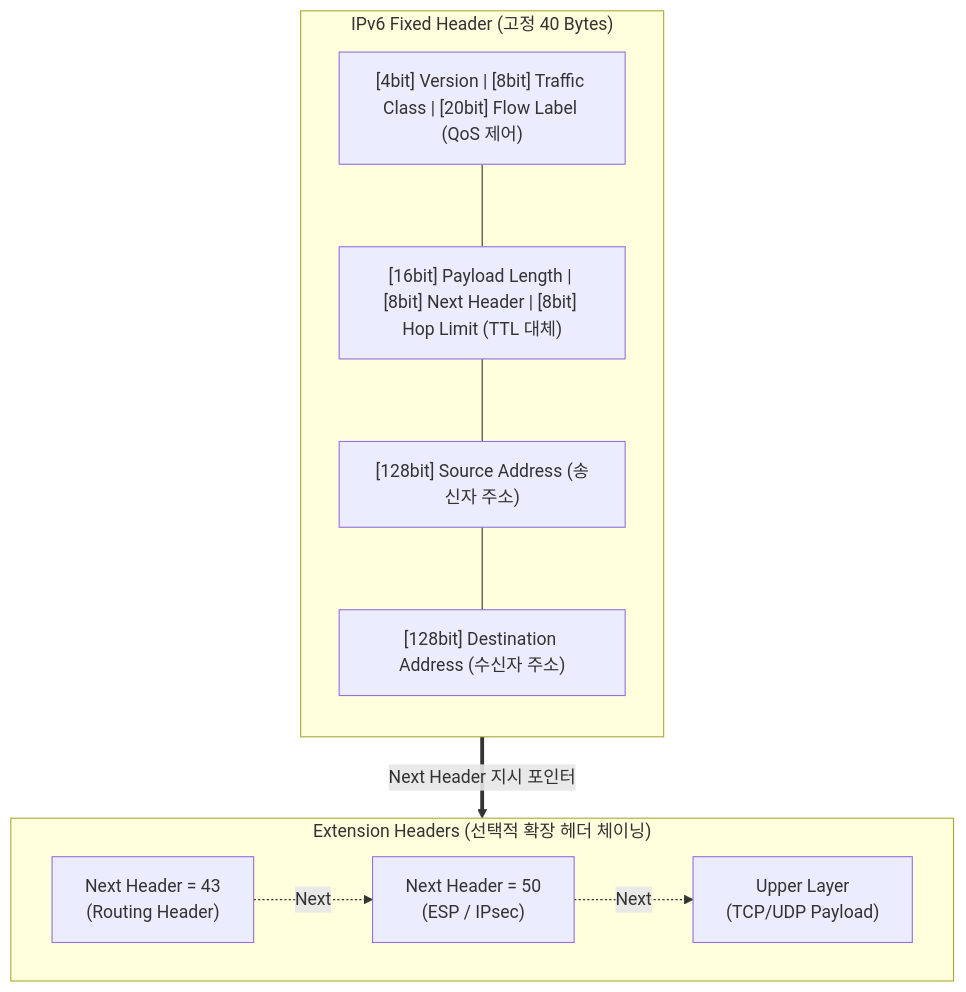
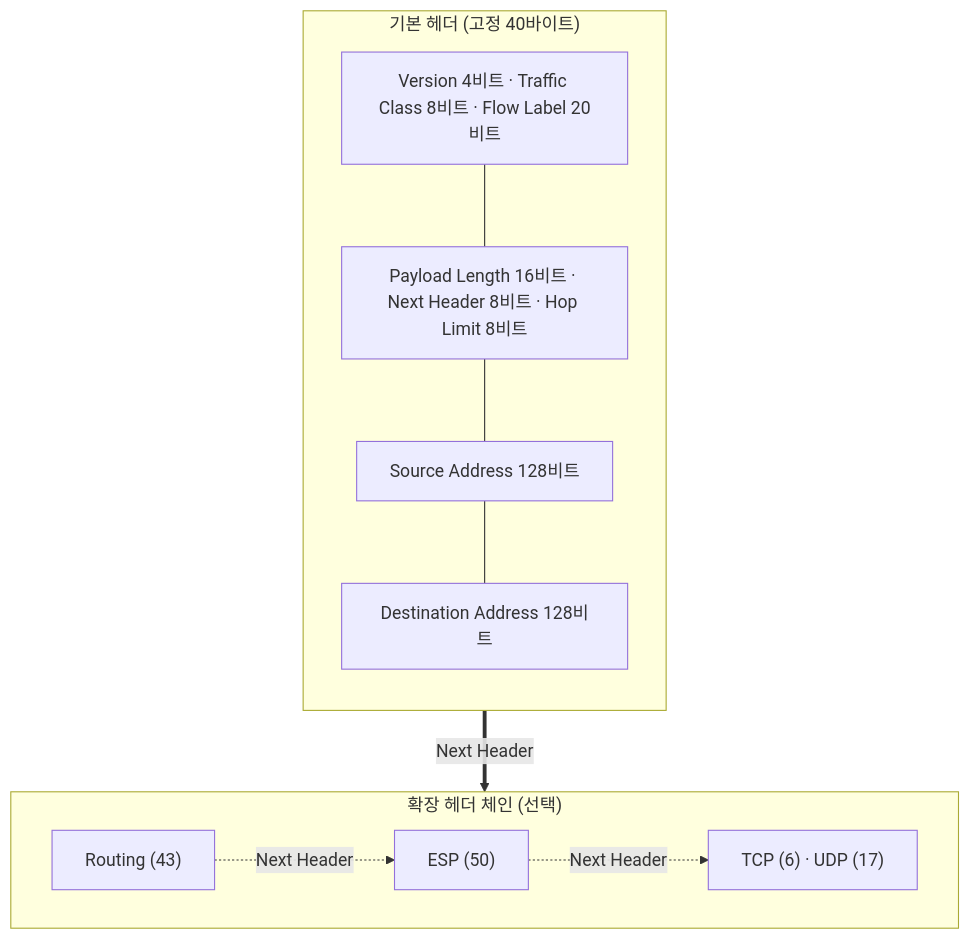
Before and after one commit to supremethumb/supremethumb.github.io: the diagram in content/01_IT Tech/IPv6.md, drawn with Mermaid. The commit also changed other lines of this file and 1087 other files, not shown here.

````diff
--- a/content/01_IT Tech/IPv6.md
+++ b/content/01_IT Tech/IPv6.md
@@ -27,24 +35,16 @@
 ```mermaid
 flowchart TD
-    subgraph "IPv6 Fixed Header (고정 40 Bytes)"
+    subgraph BH["기본 헤더 (고정 40바이트)"]
         direction TB
-        Row1["[4bit] Version | [8bit] Traffic Class | [20bit] Flow Label (QoS 제어)"]
-        Row2["[16bit] Payload Length | [8bit] Next Header | [8bit] Hop Limit (TTL 대체)"]
-        Row3["[128bit] Source Address (송신자 주소)"]
-        Row4["[128bit] Destination Address (수신자 주소)"]
-        
-        Row1 --- Row2 --- Row3 --- Row4
+        R1["Version 4비트 · Traffic Class 8비트 · Flow Label 20비트"]
+        R2["Payload Length 16비트 · Next Header 8비트 · Hop Limit 8비트"]
+        R3["Source Address 128비트"]
+        R4["Destination Address 128비트"]
+        R1 --- R2 --- R3 --- R4
     end
-    
-    subgraph "Extension Headers (선택적 확장 헤더 체이닝)"
+    subgraph EH["확장 헤더 체인 (선택)"]
         direction LR
-        NH1["Next Header = 43<br/>(Routing Header)"]
-        NH2["Next Header = 50<br/>(ESP / IPsec)"]
-        Payload["Upper Layer<br/>(TCP/UDP Payload)"]
-        
-        NH1 -. "Next" .-> NH2 -. "Next" .-> Payload
+        E1["Routing (43)"] -. "Next Header" .-> E2["ESP (50)"] -. "Next Header" .-> P["TCP (6) · UDP (17)"]
     end
-
-    Row4 ==>|Next Header 지시 포인터| NH1
-
+    R4 == "Next Header" ==> E1
 ```
````
